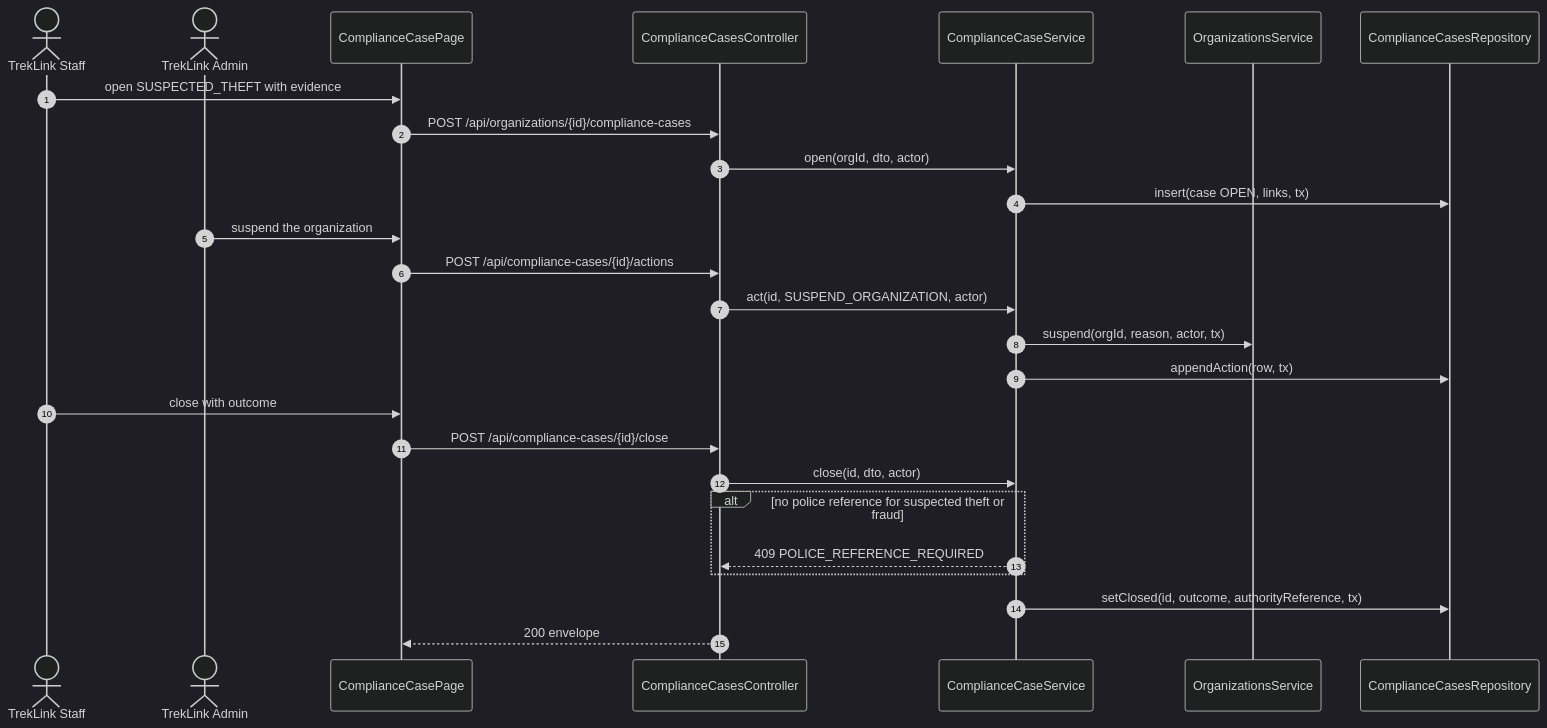
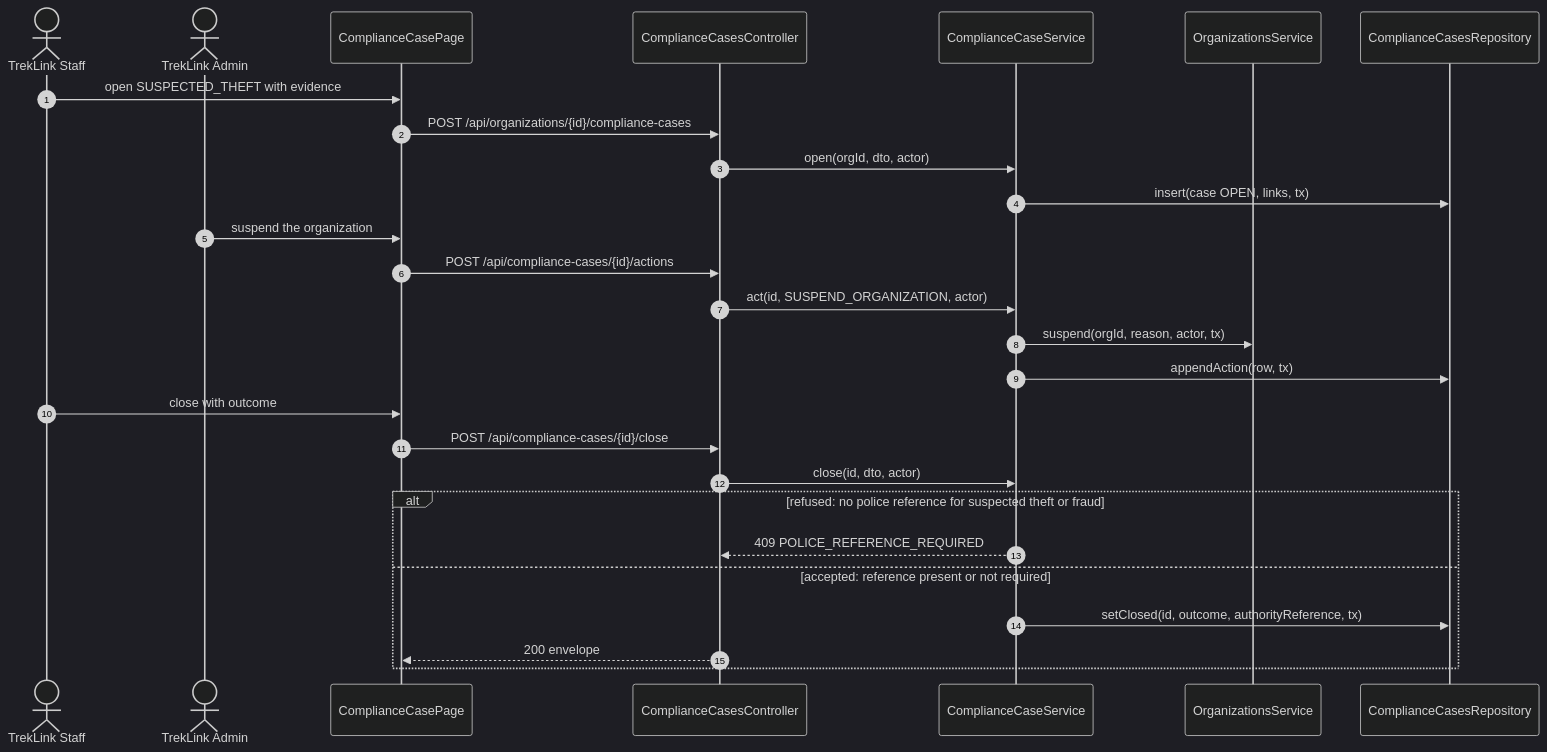
Diagram 11 of 11 in specs/organizations/design.md (TrekLink-Team/treklink-web), drawn with Mermaid (dark theme) before and after one commit. The commit also changed other lines of this file and 39 other files, not shown here.

First line of the commit message:
docs: design periodic maintenance (D-047) and apply the SDD sequence conventions

````diff
--- a/specs/organizations/design.md
+++ b/specs/organizations/design.md
@@ -426,28 +429,29 @@
 ```mermaid
 sequenceDiagram
     autonumber
     actor St as TrekLink Staff
     actor Ad as TrekLink Admin
     participant P as ComplianceCasePage
     participant C as ComplianceCasesController
     participant S as ComplianceCaseService
     participant O as OrganizationsService
     participant R as ComplianceCasesRepository
     St->>P: open SUSPECTED_THEFT with evidence
     P->>C: POST /api/organizations/{id}/compliance-cases
     C->>S: open(orgId, dto, actor)
     S->>R: insert(case OPEN, links, tx)
     Ad->>P: suspend the organization
     P->>C: POST /api/compliance-cases/{id}/actions
     C->>S: act(id, SUSPEND_ORGANIZATION, actor)
     S->>O: suspend(orgId, reason, actor, tx)
     S->>R: appendAction(row, tx)
     St->>P: close with outcome
     P->>C: POST /api/compliance-cases/{id}/close
     C->>S: close(id, dto, actor)
-    alt no police reference for suspected theft or fraud
+    alt refused: no police reference for suspected theft or fraud
         S-->>C: 409 POLICE_REFERENCE_REQUIRED
+    else accepted: reference present or not required
+        S->>R: setClosed(id, outcome, authorityReference, tx)
+        C-->>P: 200 envelope
     end
-    S->>R: setClosed(id, outcome, authorityReference, tx)
-    C-->>P: 200 envelope
 ```
````
